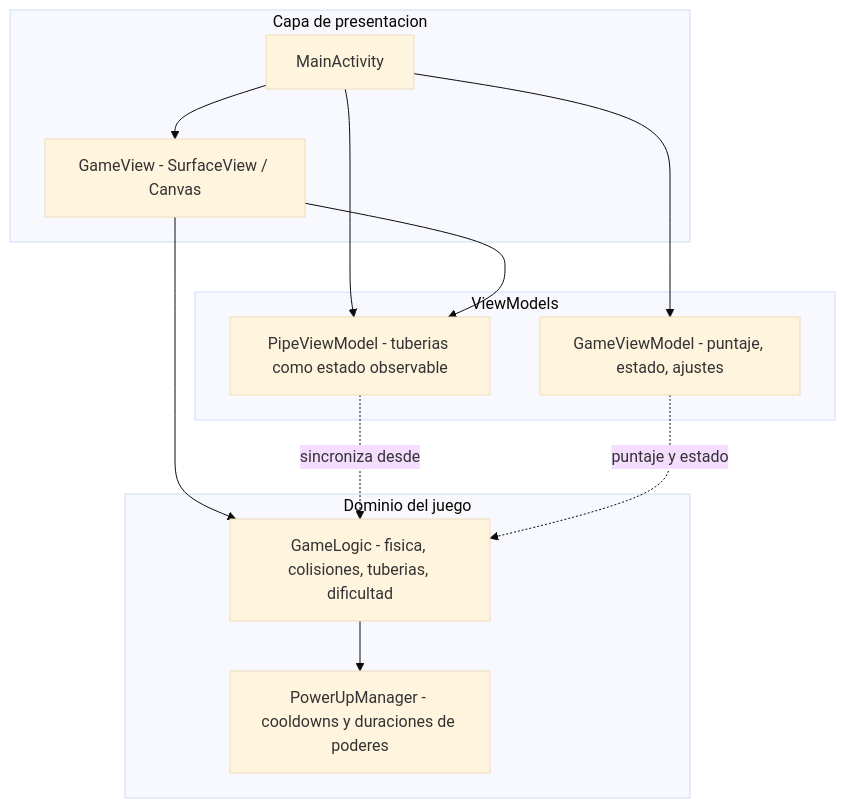
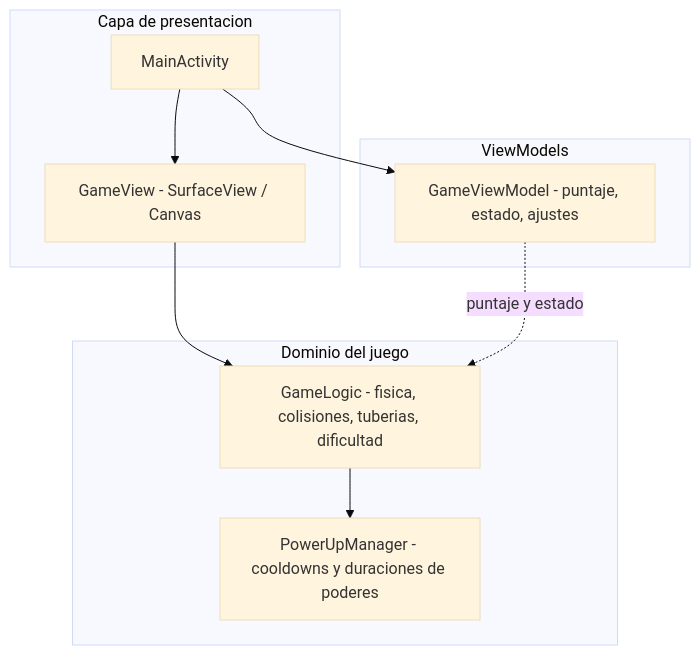
The diagram in README.md (L50E02O/PajaritoSaltadorAndroid), drawn with Mermaid (base theme) before and after one commit. The commit also changed other lines of this file and 3 other files, not shown here.

````diff
--- a/README.md
+++ b/README.md
@@ -41,23 +43,19 @@
 ```mermaid
 flowchart TB
     subgraph ui [Capa de presentacion]
         MainActivity[MainActivity]
         GameView[GameView - SurfaceView / Canvas]
     end
     subgraph vm [ViewModels]
         GameViewModel[GameViewModel - puntaje, estado, ajustes]
-        PipeViewModel[PipeViewModel - tuberias como estado observable]
     end
     subgraph domain [Dominio del juego]
         GameLogic[GameLogic - fisica, colisiones, tuberias, dificultad]
         PowerUpManager[PowerUpManager - cooldowns y duraciones de poderes]
     end
     MainActivity --> GameViewModel
-    MainActivity --> PipeViewModel
     MainActivity --> GameView
     GameView --> GameLogic
-    GameView --> PipeViewModel
     GameLogic --> PowerUpManager
-    PipeViewModel -. sincroniza desde .-> GameLogic
     GameViewModel -. puntaje y estado .-> GameLogic
 ```
````
